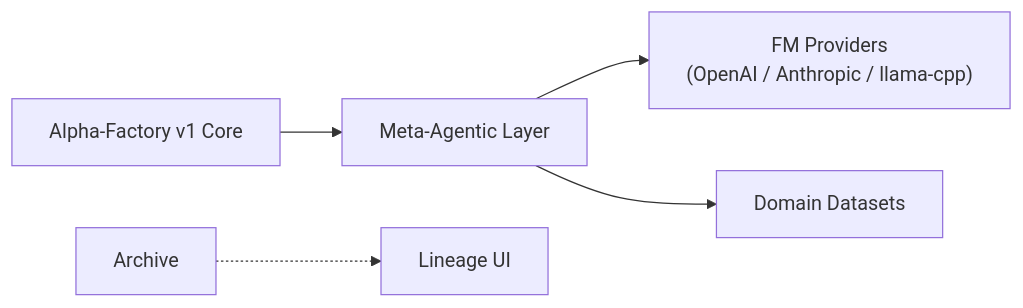
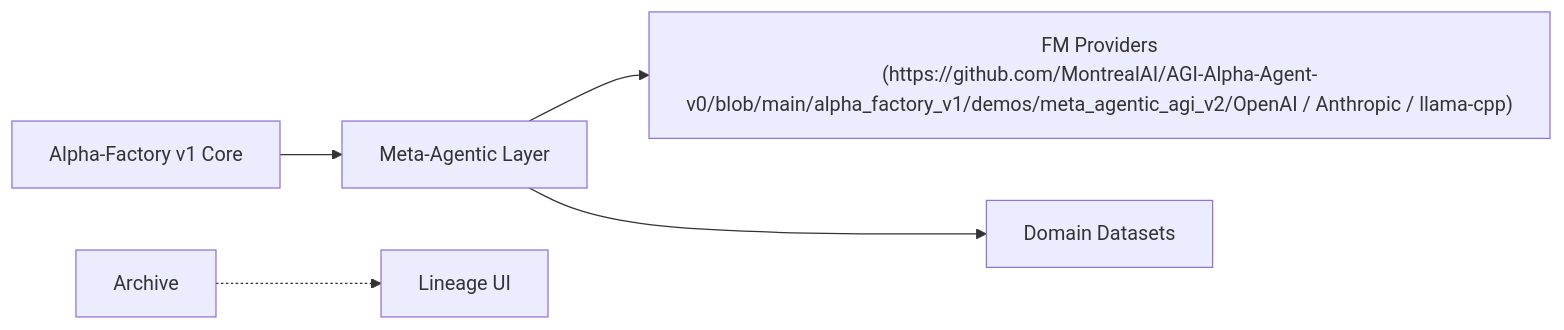
The third of 3 diagrams in docs/demos/meta_agentic_agi_v2.md (MontrealAI/AGI-Alpha-Agent-v0), drawn with Mermaid before and after one commit. The commit also changed other lines of this file and 22 other files, not shown here.

````diff
--- a/docs/demos/meta_agentic_agi_v2.md
+++ b/docs/demos/meta_agentic_agi_v2.md
@@ -185,12 +186,12 @@
 ```mermaid
 flowchart LR
   AFV1["Alpha‑Factory v1 Core"]
   MAA["Meta‑Agentic Layer"]
-  Providers["FM Providers<br/>(OpenAI / Anthropic / llama‑cpp)"]
+  Providers["FM Providers<br/>(https://github.com/MontrealAI/AGI-Alpha-Agent-v0/blob/main/alpha_factory_v1/demos/meta_agentic_agi_v2/OpenAI / Anthropic / llama‑cpp)"]
   Dataset["Domain Datasets"]
   UI2["Lineage UI"]
   AFV1 --> MAA
   MAA --> Providers
   MAA --> Dataset
   Archive -.-> UI2
 ```
````
